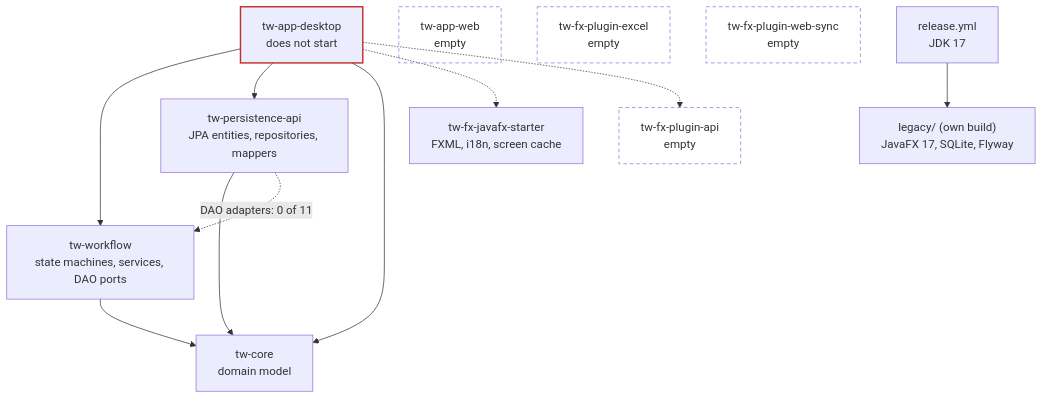
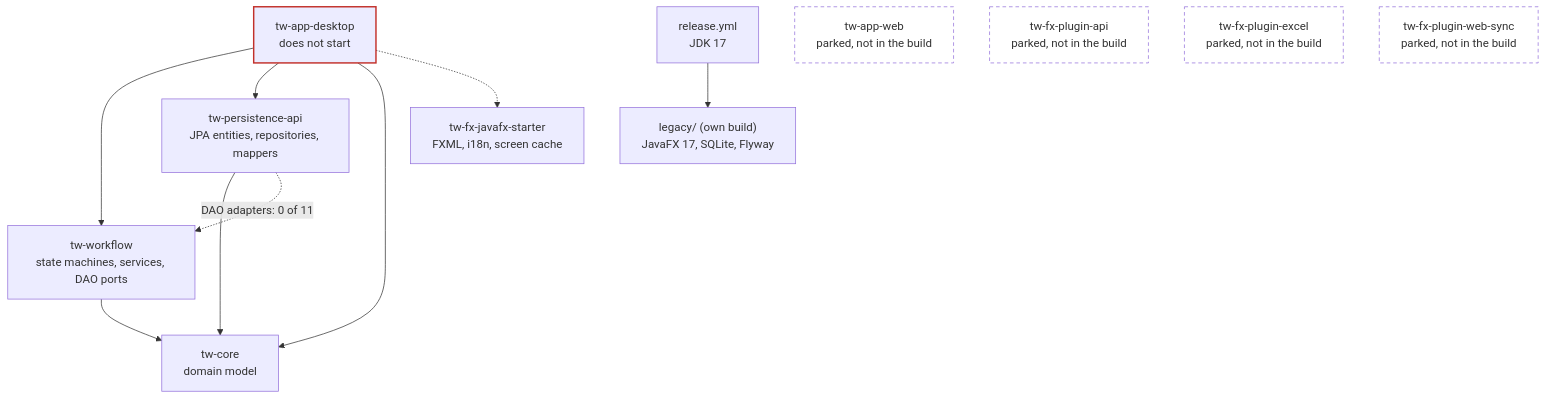
One commit to YahorSviarchkou/twister changed the diagram in tw-docs/diagrams/modules-current.mmd. Above: the diagram before and after it, drawn with Mermaid. The commit also changed 1 other file, not shown here.

Commit message:
docs(tw-docs): show parked modules in module graph TW-15

```diff
--- a/tw-docs/diagrams/modules-current.mmd
+++ b/tw-docs/diagrams/modules-current.mmd
@@ -1,28 +1,28 @@
-%% Current Gradle module graph on branch exp (2026-11-15). Dashed: dependency present but commented out.
+%% Current Gradle module graph (2026-11-22). Dashed arrows: dependency commented out or not implemented. Dashed boxes: parked, not in the build.
 flowchart TB
   desktop["tw-app-desktop<br/>does not start"]
-  web["tw-app-web<br/>empty"]
   starter["tw-fx-javafx-starter<br/>FXML, i18n, screen cache"]
-  papi["tw-fx-plugin-api<br/>empty"]
-  pexcel["tw-fx-plugin-excel<br/>empty"]
-  psync["tw-fx-plugin-web-sync<br/>empty"]
   wf["tw-workflow<br/>state machines, services, DAO ports"]
   per["tw-persistence-api<br/>JPA entities, repositories, mappers"]
   core["tw-core<br/>domain model"]
   legacy["legacy/ (own build)<br/>JavaFX 17, SQLite, Flyway"]
   ci["release.yml<br/>JDK 17"]
 
   desktop --> wf
   desktop --> per
   desktop --> core
   desktop -.-> starter
-  desktop -.-> papi
   wf --> core
   per --> core
   per -. "DAO adapters: 0 of 11" .-> wf
   ci --> legacy
 
-  classDef empty stroke-dasharray: 5 4,fill:transparent
+  web["tw-app-web<br/>parked, not in the build"]
+  papi["tw-fx-plugin-api<br/>parked, not in the build"]
+  pexcel["tw-fx-plugin-excel<br/>parked, not in the build"]
+  psync["tw-fx-plugin-web-sync<br/>parked, not in the build"]
+
+  classDef parked stroke-dasharray: 5 4,fill:transparent
   classDef broken stroke:#c2302a,stroke-width:2px
-  class web,papi,pexcel,psync empty
+  class web,papi,pexcel,psync parked
   class desktop broken
```
